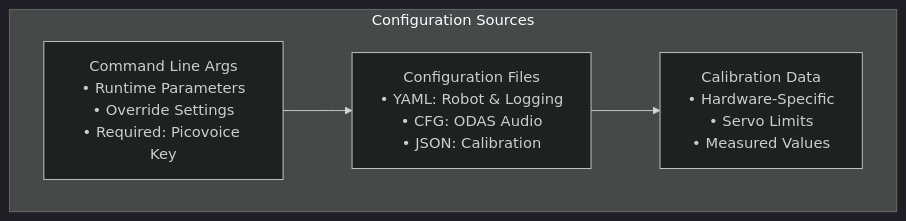
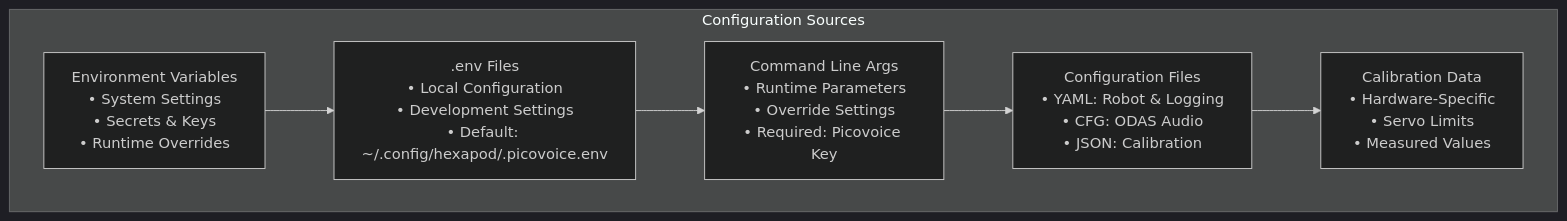
Before and after one commit to Gl0dny/hexapod: the first of 2 diagrams in docs/core/configuration.md, drawn with Mermaid (dark theme). The commit also changed other lines of this file and 13 other files, not shown here.

````diff
--- a/docs/core/configuration.md
+++ b/docs/core/configuration.md
@@ -32,11 +35,15 @@
 ```mermaid
 graph TB
     subgraph "Configuration Sources"
+        ENV[Environment Variables<br/>• System Settings<br/>• Secrets & Keys<br/>• Runtime Overrides]
+        ENVFILE[.env Files<br/>• Local Configuration<br/>• Development Settings<br/>• Default: ~/.config/hexapod/.picovoice.env]
         CLA[Command Line Args<br/>• Runtime Parameters<br/>• Override Settings<br/>• Required: Picovoice Key]
         CF[Configuration Files<br/>• YAML: Robot & Logging<br/>• CFG: ODAS Audio<br/>• JSON: Calibration]
         CD[Calibration Data<br/>• Hardware-Specific<br/>• Servo Limits<br/>• Measured Values]
     end
     
+    ENV --> ENVFILE
+    ENVFILE --> CLA
     CLA --> CF
     CF --> CD
 ```
````
